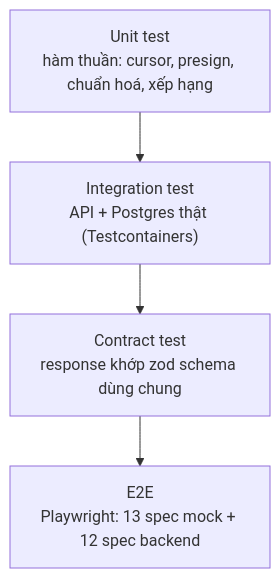
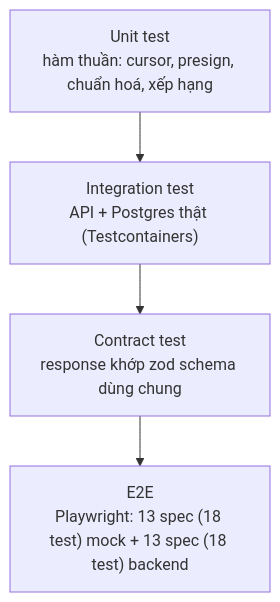
Diagram 14 of 14 in docs/bao-cao/BAO-CAO-DO-AN.md (longqt321/Rendez-PBL6), drawn with Mermaid before and after one commit. The commit also changed other lines of this file, not shown here.

````diff
--- a/docs/bao-cao/BAO-CAO-DO-AN.md
+++ b/docs/bao-cao/BAO-CAO-DO-AN.md
@@ -660,8 +683,8 @@
 ```mermaid
 flowchart TB
   U["Unit test<br/>hàm thuần: cursor, presign, chuẩn hoá, xếp hạng"]
   I["Integration test<br/>API + Postgres thật (Testcontainers)"]
   C["Contract test<br/>response khớp zod schema dùng chung"]
-  E["E2E<br/>Playwright: 13 spec mock + 12 spec backend"]
+  E["E2E<br/>Playwright: 13 spec (18 test) mock + 13 spec (18 test) backend"]
   U --> I --> C --> E
 ```
````
